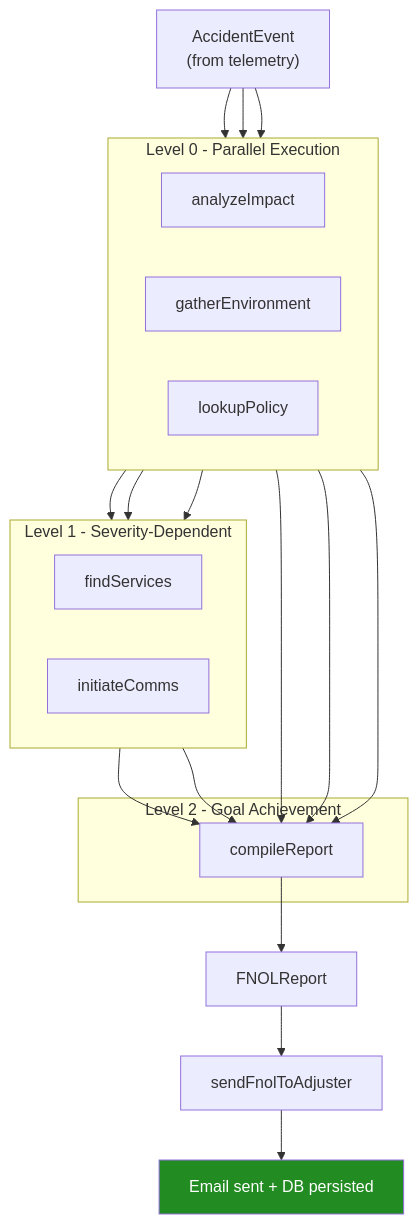
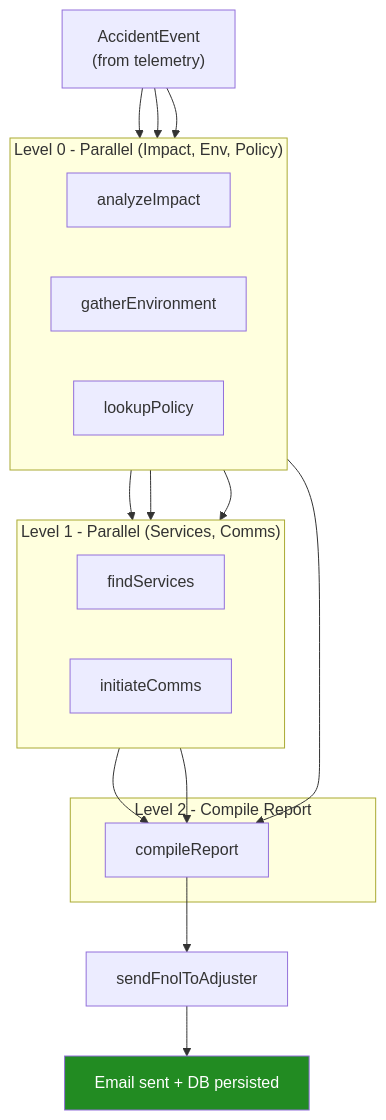
The second of 2 diagrams in README.md (dbbaskette/imc-crash), drawn with Mermaid before and after one commit. The commit also changed other lines of this file and 57 other files, not shown here.

First line of the commit message:
feat: add Demo UI, separate crash-sink, parallel GOAP execution

````diff
--- a/README.md
+++ b/README.md
@@ -81,41 +92,38 @@
 ```mermaid
 flowchart TB
     AE["AccidentEvent<br/>(from telemetry)"]
 
-    subgraph Level0["Level 0 - Parallel Execution"]
+    subgraph Level0["Level 0 - Parallel (Impact, Env, Policy)"]
         direction LR
         AI["analyzeImpact"]
         GE["gatherEnvironment"]
         LP["lookupPolicy"]
     end
 
     AE --> AI
     AE --> GE
     AE --> LP
 
     AI --> FS
     AI --> IC
     LP --> IC
 
-    subgraph Level1["Level 1 - Severity-Dependent"]
+    subgraph Level1["Level 1 - Parallel (Services, Comms)"]
         direction LR
         FS["findServices"]
         IC["initiateComms"]
     end
 
     GE --> CR
     FS --> CR
     IC --> CR
-    AI --> CR
-    LP --> CR
 
-    subgraph Level2["Level 2 - Goal Achievement"]
+    subgraph Level2["Level 2 - Compile Report"]
         CR["compileReport"]
     end
 
-    CR --> FNOL["FNOLReport"]
-    FNOL --> SEND["sendFnolToAdjuster"]
+    CR --> SEND["sendFnolToAdjuster"]
     SEND --> OUT["Email sent + DB persisted"]
 
     style OUT fill:#228B22,color:#fff
 ```
````
